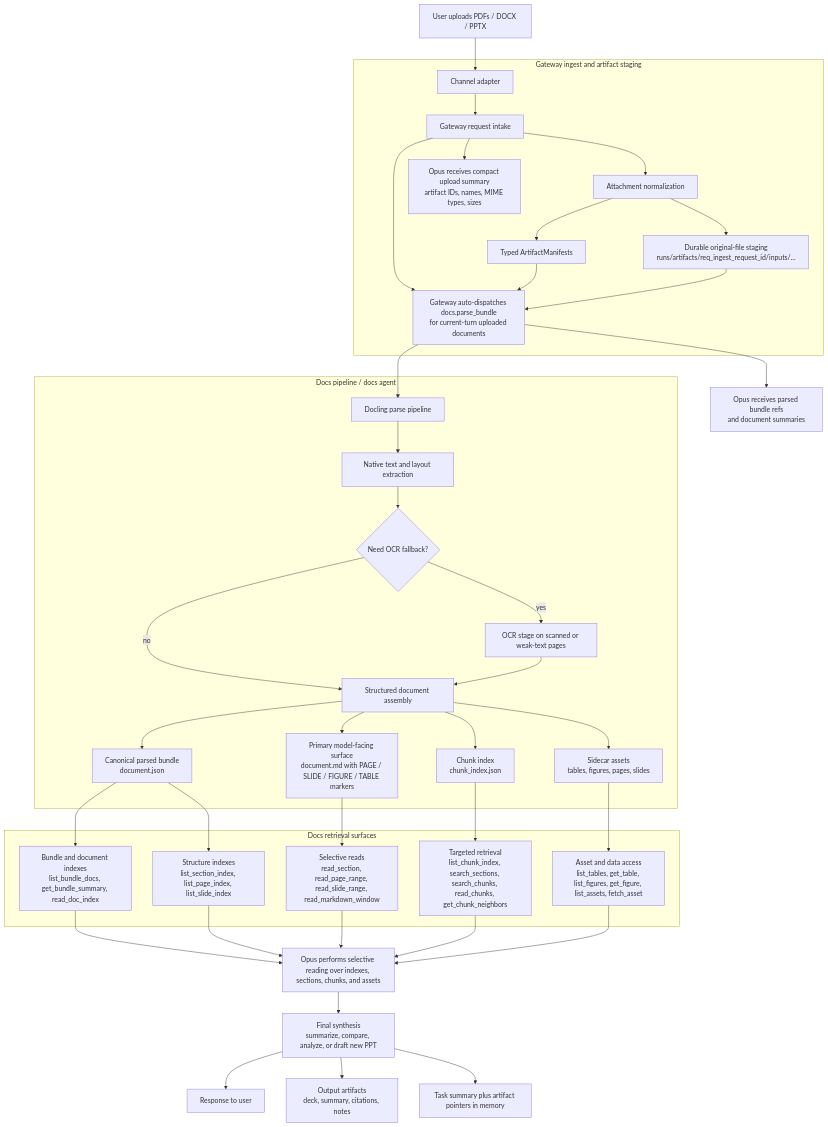
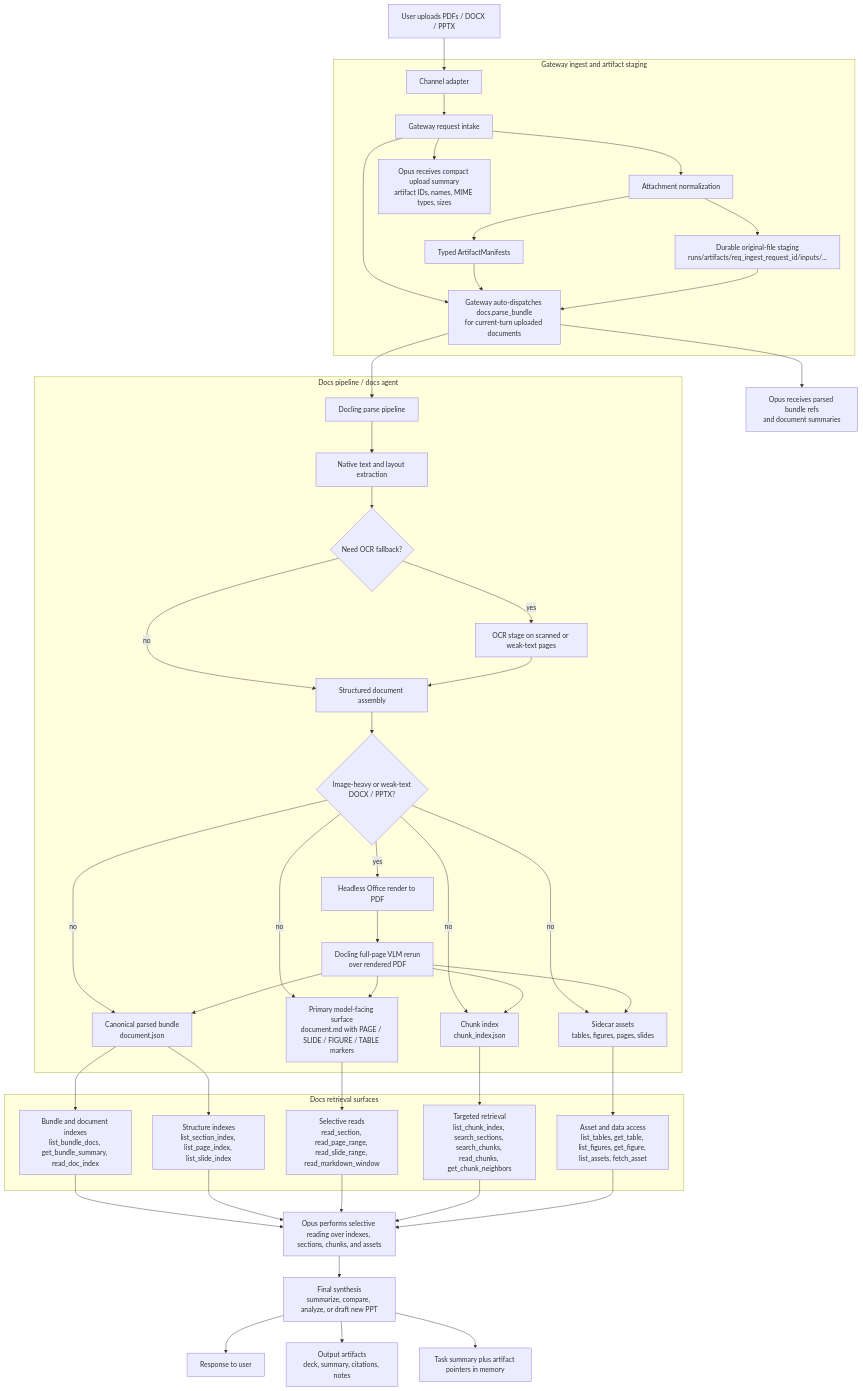
The first of 3 diagrams in Backend/COSMIC_MULTIMODAL_DOCUMENT_PIPELINE_PLAN.md (uspraveen/Cosmic-OS), drawn with Mermaid before and after one commit. The commit also changed other lines of this file and 9 other files, not shown here.

Commit message:
Add office-doc full-page VLM escalation

````diff
--- a/Backend/COSMIC_MULTIMODAL_DOCUMENT_PIPELINE_PLAN.md
+++ b/Backend/COSMIC_MULTIMODAL_DOCUMENT_PIPELINE_PLAN.md
@@ -87,50 +90,57 @@
 ```mermaid
 flowchart TD
     U[User uploads PDFs / DOCX / PPTX] --> C[Channel adapter]
 
     subgraph GatewayIngress["Gateway ingest and artifact staging"]
         C --> G[Gateway request intake]
         G --> N[Attachment normalization]
         N --> M[Typed ArtifactManifests]
         N --> S[Durable original-file staging<br/>runs/artifacts/req_ingest_request_id/inputs/...]
         G --> D[Gateway auto-dispatches docs.parse_bundle<br/>for current-turn uploaded documents]
         G --> O1[Opus receives compact upload summary<br/>artifact IDs, names, MIME types, sizes]
     end
 
     M --> D
     S --> D
 
     subgraph DocsPipeline["Docs pipeline / docs agent"]
         D --> P[Docling parse pipeline]
         P --> E[Native text and layout extraction]
         E --> F{Need OCR fallback?}
         F -->|yes| OCR[OCR stage on scanned or weak-text pages]
         F -->|no| A1[Structured document assembly]
         OCR --> A1
-        A1 --> J[Canonical parsed bundle<br/>document.json]
-        A1 --> K[Primary model-facing surface<br/>document.md with PAGE / SLIDE / FIGURE / TABLE markers]
-        A1 --> L[Chunk index<br/>chunk_index.json]
-        A1 --> A2[Sidecar assets<br/>tables, figures, pages, slides]
+        A1 --> Q{Image-heavy or weak-text<br/>DOCX / PPTX?}
+        Q -->|yes| RENDER[Headless Office render to PDF]
+        RENDER --> VLM[Docling full-page VLM rerun<br/>over rendered PDF]
+        Q -->|no| J[Canonical parsed bundle<br/>document.json]
+        Q -->|no| K[Primary model-facing surface<br/>document.md with PAGE / SLIDE / FIGURE / TABLE markers]
+        Q -->|no| L[Chunk index<br/>chunk_index.json]
+        Q -->|no| A2[Sidecar assets<br/>tables, figures, pages, slides]
+        VLM --> J
+        VLM --> K
+        VLM --> L
+        VLM --> A2
     end
 
     D --> O2[Opus receives parsed bundle refs<br/>and document summaries]
 
     subgraph Retrieval["Docs retrieval surfaces"]
         J --> R0[Bundle and document indexes<br/>list_bundle_docs, get_bundle_summary, read_doc_index]
         J --> R1[Structure indexes<br/>list_section_index, list_page_index, list_slide_index]
         K --> R2[Selective reads<br/>read_section, read_page_range, read_slide_range, read_markdown_window]
         L --> R3[Targeted retrieval<br/>list_chunk_index, search_sections, search_chunks, read_chunks, get_chunk_neighbors]
         A2 --> R4[Asset and data access<br/>list_tables, get_table, list_figures, get_figure, list_assets, fetch_asset]
     end
 
     R0 --> O3[Opus performs selective reading over indexes, sections, chunks, and assets]
     R1 --> O3
     R2 --> O3
     R3 --> O3
     R4 --> O3
 
     O3 --> X[Final synthesis<br/>summarize, compare, analyze, or draft new PPT]
     X --> Y[Response to user]
     X --> Z[Output artifacts<br/>deck, summary, citations, notes]
     X --> W[Task summary plus artifact pointers in memory]
 ```
````
